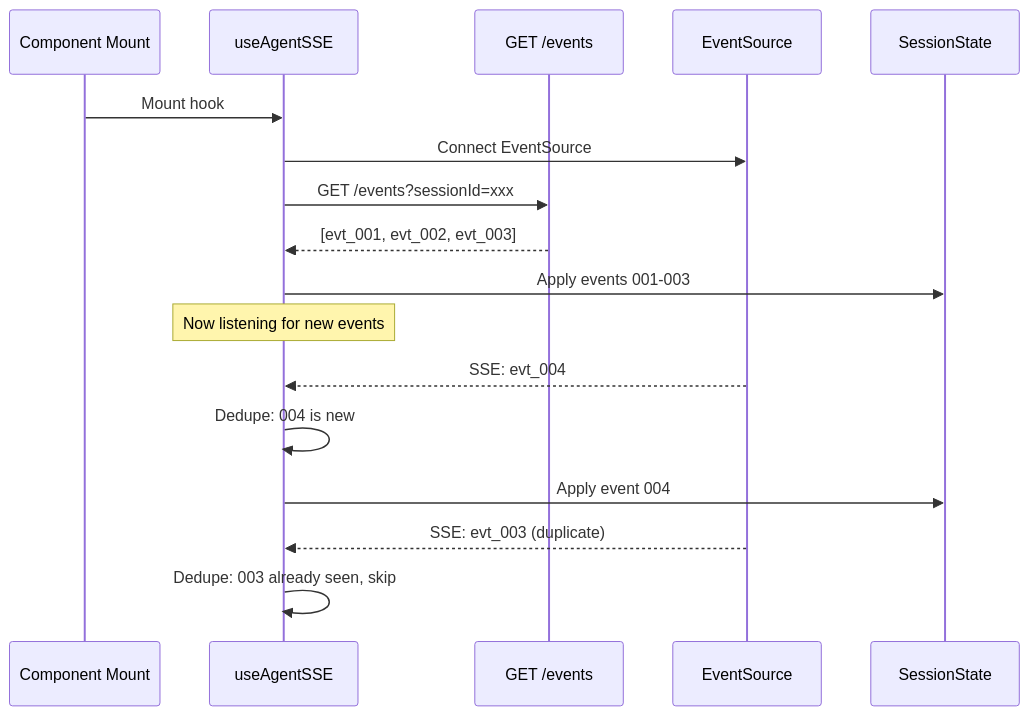
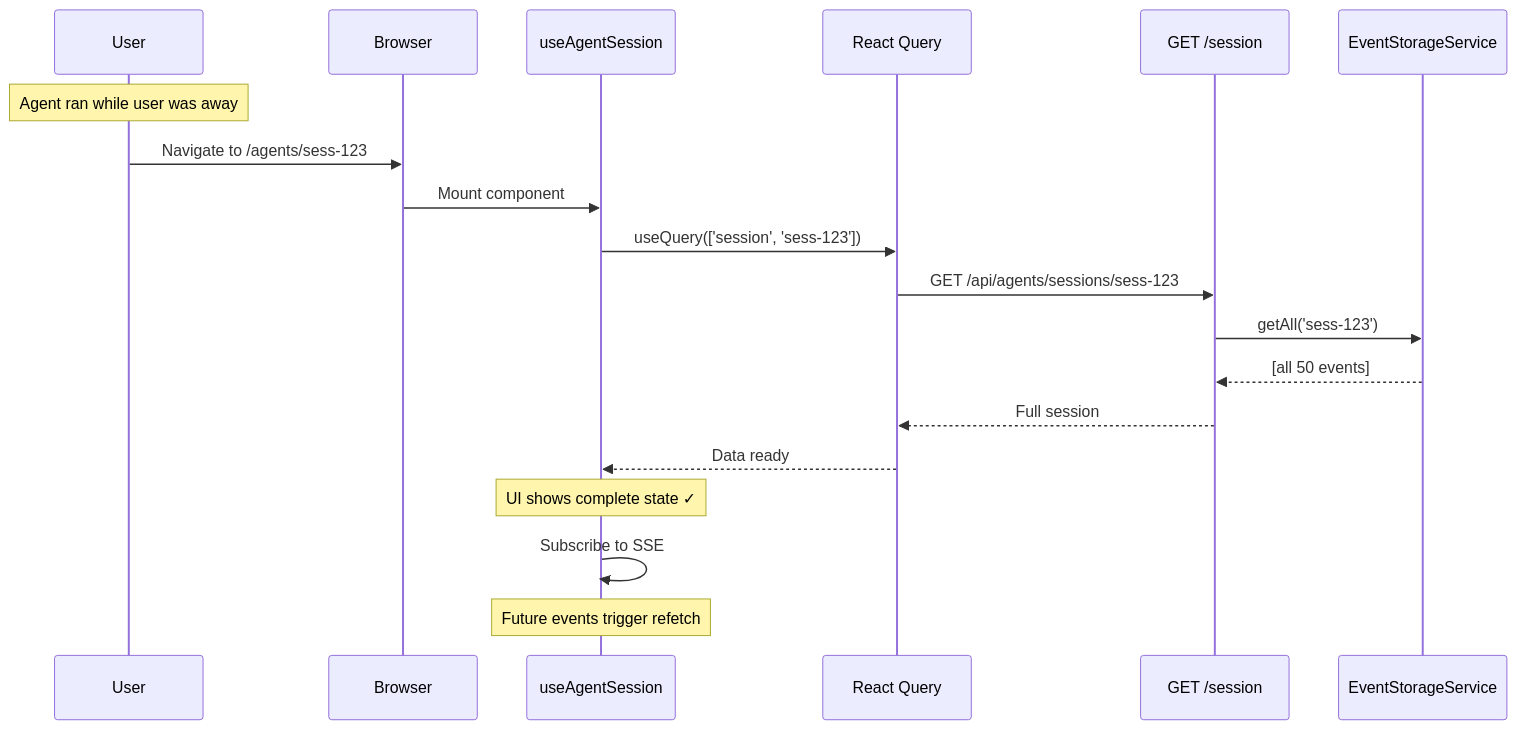
The fourth of 4 diagrams in docs/plans/015-better-agents/tasks/phase-3-sse-broadcast-integration/tasks.md (AI-Substrate/chainglass), drawn with Mermaid before and after one commit. The commit also changed other lines of this file and 1 other file, not shown here.

First line of the commit message:
feat(015): Phase 3 notification-fetch architecture design

````diff
--- a/docs/plans/015-better-agents/tasks/phase-3-sse-broadcast-integration/tasks.md
+++ b/docs/plans/015-better-agents/tasks/phase-3-sse-broadcast-integration/tasks.md
@@ -443,20 +385,22 @@
 ```mermaid
 sequenceDiagram
-    participant UI as Component Mount
-    participant Hook as useAgentSSE
-    participant API as GET /events
-    participant SSE as EventSource
-    participant State as SessionState
+    participant User
+    participant Browser
+    participant Hook as useAgentSession
+    participant Query as React Query
+    participant API as GET /session
+    participant Storage as EventStorageService
 
-    UI->>Hook: Mount hook
-    Hook->>SSE: Connect EventSource
-    Hook->>API: GET /events?sessionId=xxx
-    API-->>Hook: [evt_001, evt_002, evt_003]
-    Hook->>State: Apply events 001-003
-    Note over Hook: Now listening for new events
-    SSE-->>Hook: SSE: evt_004
-    Hook->>Hook: Dedupe: 004 is new
-    Hook->>State: Apply event 004
-    SSE-->>Hook: SSE: evt_003 (duplicate)
-    Hook->>Hook: Dedupe: 003 already seen, skip
+    Note over User: Agent ran while user was away
+    User->>Browser: Navigate to /agents/sess-123
+    Browser->>Hook: Mount component
+    Hook->>Query: useQuery(['session', 'sess-123'])
+    Query->>API: GET /api/agents/sessions/sess-123
+    API->>Storage: getAll('sess-123')
+    Storage-->>API: [all 50 events]
+    API-->>Query: Full session
+    Query-->>Hook: Data ready
+    Note over Hook: UI shows complete state ✓
+    Hook->>Hook: Subscribe to SSE
+    Note over Hook: Future events trigger refetch
 ```
````
